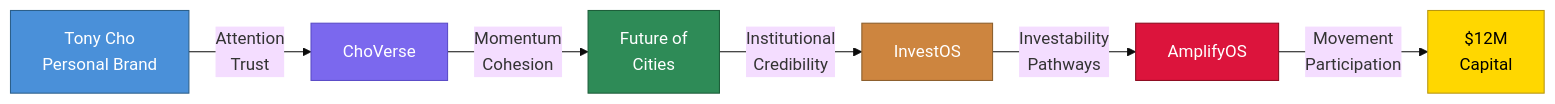
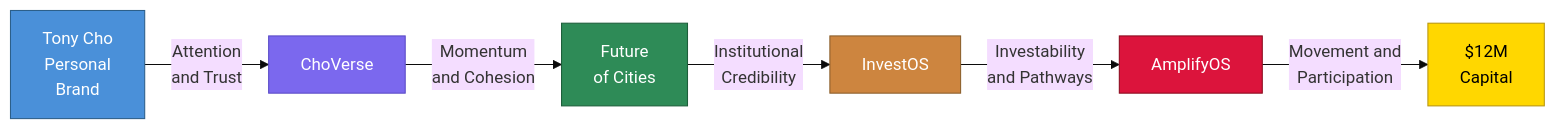
One commit to Light-Brands/brand-factory changed the ninth of 11 diagrams in brands-reorg/cho-ventures-ai/spec/pricing/final-pricing-strategy.md. Above: the diagram before and after it, drawn with Mermaid (base theme). The commit also changed other lines of this file and 1 other file, not shown here.

First line of the commit message:
Fix Mermaid diagram text wrapping to prevent label cutoff

````diff
--- a/brands-reorg/cho-ventures-ai/spec/pricing/final-pricing-strategy.md
+++ b/brands-reorg/cho-ventures-ai/spec/pricing/final-pricing-strategy.md
@@ -672,15 +672,15 @@
 ```mermaid
 flowchart LR
-    TC["Tony Cho<br/>Personal Brand"] -->|"Attention<br/>Trust"| CV["ChoVerse"]
-    CV -->|"Momentum<br/>Cohesion"| FOC["Future of<br/>Cities"]
+    TC["Tony Cho<br/>Personal<br/>Brand"] -->|"Attention<br/>and Trust"| CV["ChoVerse"]
+    CV -->|"Momentum<br/>and Cohesion"| FOC["Future<br/>of Cities"]
     FOC -->|"Institutional<br/>Credibility"| IO["InvestOS"]
-    IO -->|"Investability<br/>Pathways"| AO["AmplifyOS"]
-    AO -->|"Movement<br/>Participation"| CA["$12M<br/>Capital"]
+    IO -->|"Investability<br/>and Pathways"| AO["AmplifyOS"]
+    AO -->|"Movement and<br/>Participation"| CA["$12M<br/>Capital"]
 
     style TC fill:#4A90D9,stroke:#2C5F8A,color:#fff
     style CV fill:#7B68EE,stroke:#5A4BC7,color:#fff
     style FOC fill:#2E8B57,stroke:#1D5E3A,color:#fff
     style IO fill:#CD853F,stroke:#8B5E2B,color:#fff
     style AO fill:#DC143C,stroke:#8B0A1E,color:#fff
     style CA fill:#FFD700,stroke:#B8960F,color:#000
 ```
````
